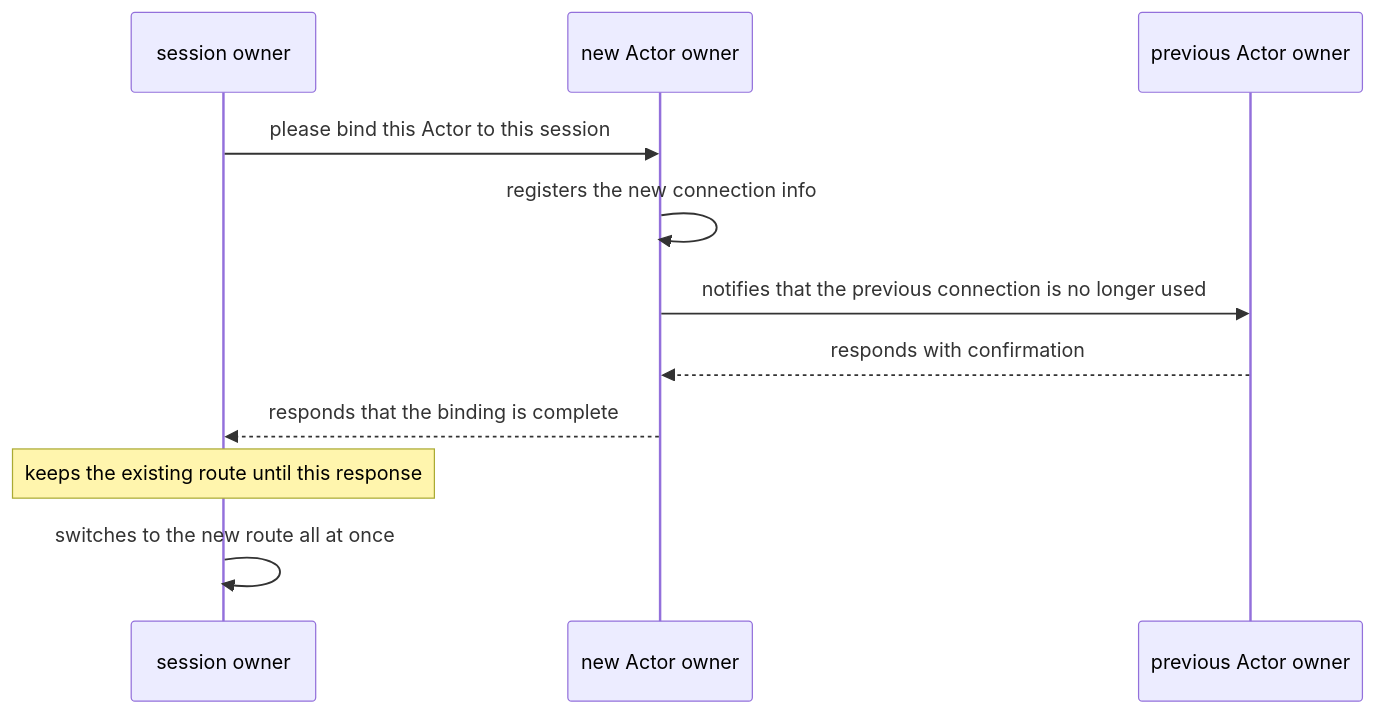
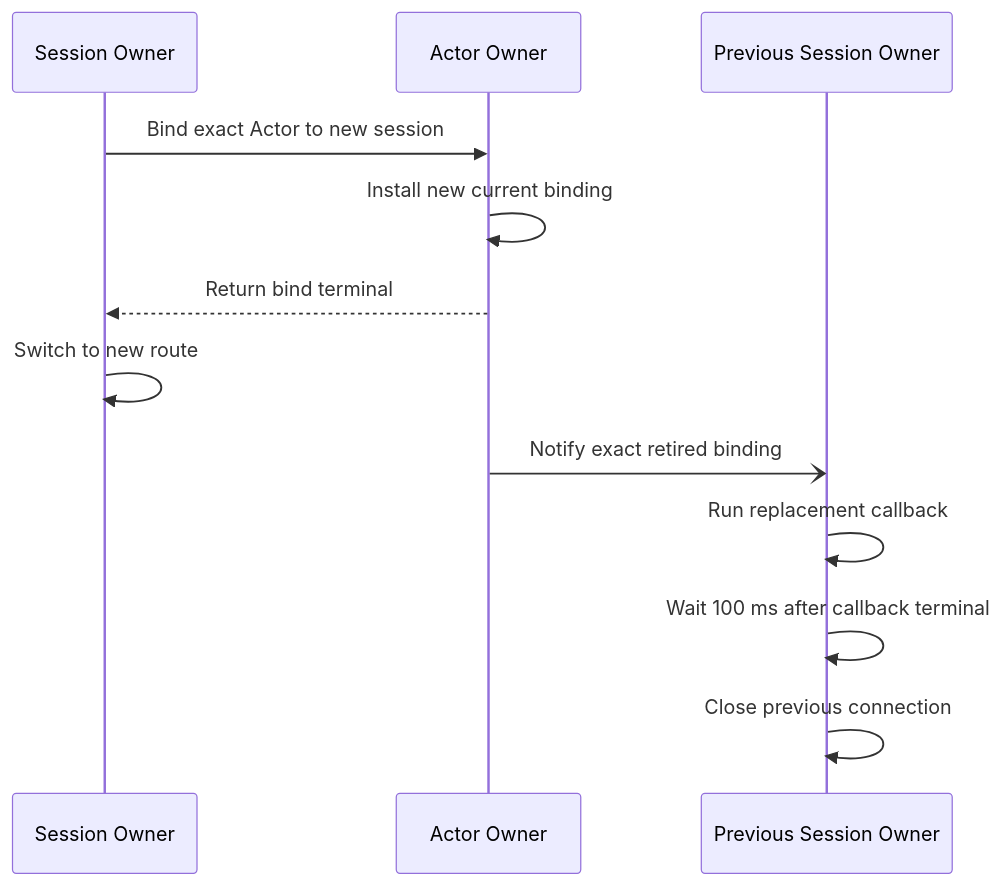
One commit to zlink-systems/zlink changed the diagram in framework/doc/framework/common/internals/09-session-binding.en.md. Above: the diagram before and after it, drawn with Mermaid. The commit also changed other lines of this file and 458 other files, not shown here.

````diff
--- a/framework/doc/framework/common/internals/09-session-binding.en.md
+++ b/framework/doc/framework/common/internals/09-session-binding.en.md
@@ -90,14 +92,15 @@
 ```mermaid
 sequenceDiagram
-    participant SO as session owner
-    participant NO as new Actor owner
-    participant PO as previous Actor owner
+    participant SO as Session Owner
+    participant AO as Actor Owner
+    participant PO as Previous Session Owner
 
-    SO->>NO: please bind this Actor to this session
-    NO->>NO: registers the new connection info
-    NO->>PO: notifies that the previous connection is no longer used
-    PO-->>NO: responds with confirmation
-    NO-->>SO: responds that the binding is complete
-    Note over SO: keeps the existing route until this response
-    SO->>SO: switches to the new route all at once
+    SO->>AO: Bind exact Actor to new session
+    AO->>AO: Install new current binding
+    AO-->>SO: Return bind terminal
+    SO->>SO: Switch to new route
+    AO-)PO: Notify exact retired binding
+    PO->>PO: Run replacement callback
+    PO->>PO: Wait 100 ms after callback terminal
+    PO->>PO: Close previous connection
 ```
````
